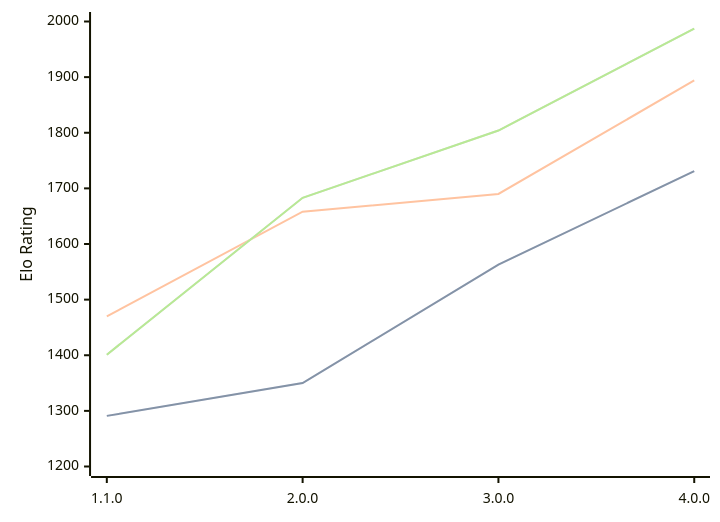
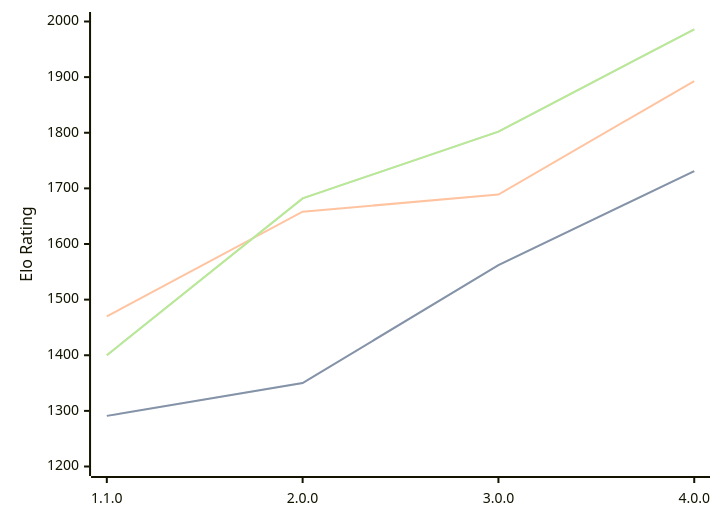
The diagram in engines/Laura.md (computer-chess-index/cci), drawn with Mermaid before and after one commit. The commit also changed other lines of this file, not shown here.

Commit message:
Update CCI Ratings (ELO VLTC) - 2026-08-12

````diff
--- a/engines/Laura.md
+++ b/engines/Laura.md
@@ -34,11 +34,11 @@
 ```mermaid
 %%{init: {"theme":"base","themeVariables":{"seriesColors:['#a3a3a3','#222221','#faa371']}}}%%
 xychart-beta
   x-axis ["1.1.0", "2.0.0", "3.0.0", "4.0.0"]
   y-axis "Elo Rating" 1200 --> 2000
-  line "STC (8.0+0.08s)" [1291, 1350, 1563, 1731]
-  line "STC (8.0+0.08s)" [1291, 1350, 1563, 1731]
-  line "LTC (60.0+0.60s)" [1470, 1658, 1690, 1894]
-  line "VLTC (2m24s+1.12s)" [1401, 1683, 1804, 1987]
-  line "VLTC (2m24s+1.12s)" [1401, 1683, 1804, 1987]
+  line "STC (8.0+0.08s)" [1291, 1350, 1562, 1731]
+  line "STC (8.0+0.08s)" [1291, 1350, 1562, 1731]
+  line "LTC (60.0+0.60s)" [1470, 1658, 1689, 1893]
+  line "VLTC (2m24s+1.12s)" [1400, 1682, 1802, 1986]
+  line "VLTC (2m24s+1.12s)" [1400, 1682, 1802, 1986]
 ```
````
